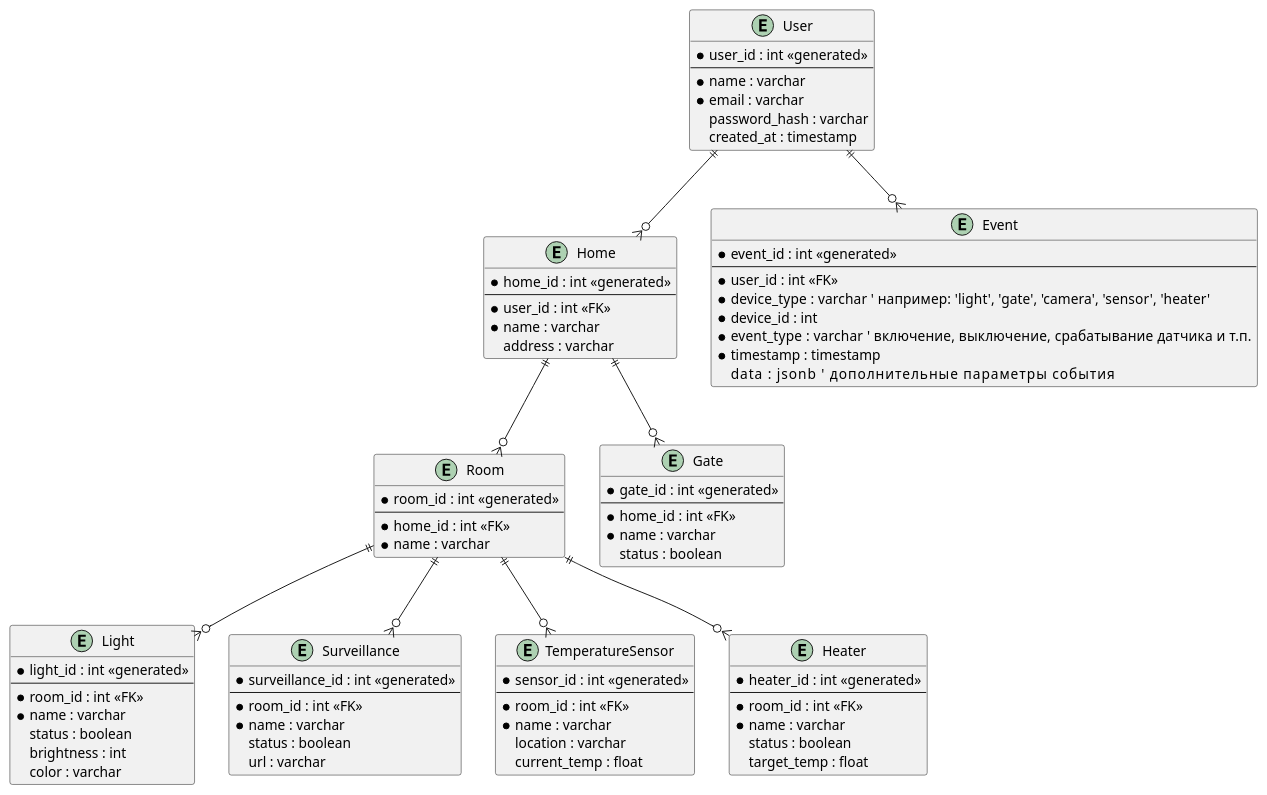
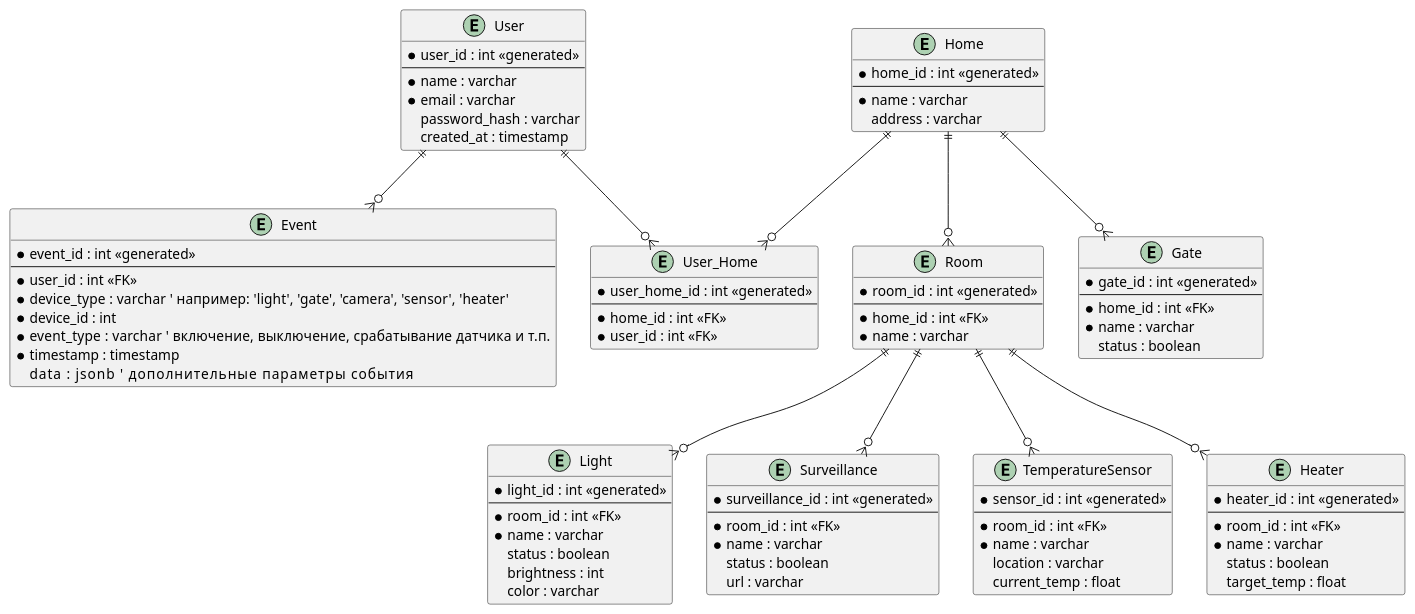
Before and after one commit to IvanTokarevP/TokarevIvanSprint1: the diagram in diagrams/ERD.puml, drawn with PlantUML. The commit also changed 16 other files, not shown here.

```diff
--- a/diagrams/ERD.puml
+++ b/diagrams/ERD.puml
@@ -1,95 +1,102 @@
 @startuml
 entity User {
   *user_id : int <<generated>>
   --
   *name : varchar
   *email : varchar
   password_hash : varchar
   created_at : timestamp
 }
 
+entity User_Home {
+  *user_home_id : int <<generated>>
+  --
+  *home_id : int <<FK>>
+  *user_id : int <<FK>>
+}
+
 entity Home {
   *home_id : int <<generated>>
   --
-  *user_id : int <<FK>>
   *name : varchar
   address : varchar
 }
 
 entity Room {
   *room_id : int <<generated>>
   --
   *home_id : int <<FK>>
   *name : varchar
 }
 
 entity Light {
   *light_id : int <<generated>>
   --
   *room_id : int <<FK>>
   *name : varchar
   status : boolean
   brightness : int
   color : varchar
 }
 
 entity Gate {
   *gate_id : int <<generated>>
   --
   *home_id : int <<FK>>
   *name : varchar
   status : boolean
 }
 
 entity Surveillance {
   *surveillance_id : int <<generated>>
   --
   *room_id : int <<FK>>
   *name : varchar
   status : boolean
   url : varchar
 }
 
 entity TemperatureSensor {
   *sensor_id : int <<generated>>
   --
   *room_id : int <<FK>>
   *name : varchar
   location : varchar
   current_temp : float
 }
 
 entity Heater {
   *heater_id : int <<generated>>
   --
   *room_id : int <<FK>>
   *name : varchar
   status : boolean
   target_temp : float
 }
 
 entity Event {
   *event_id : int <<generated>>
   --
   *user_id : int <<FK>>
   *device_type : varchar   ' например: 'light', 'gate', 'camera', 'sensor', 'heater'
   *device_id : int
   *event_type : varchar    ' включение, выключение, срабатывание датчика и т.п.
   *timestamp : timestamp
   data : jsonb             ' дополнительные параметры события
 }
 
 ' ----- Отношения -----
-User ||--o{ Home
+User ||--o{ User_Home
 User ||--o{ Event 
 
+Home ||--o{ User_Home
 Home ||--o{ Room
 Home ||--o{ Gate 
 
 Room ||--o{ Light 
 Room ||--o{ Surveillance 
 Room ||--o{ TemperatureSensor
 Room ||--o{ Heater
 
 
 @enduml
```
